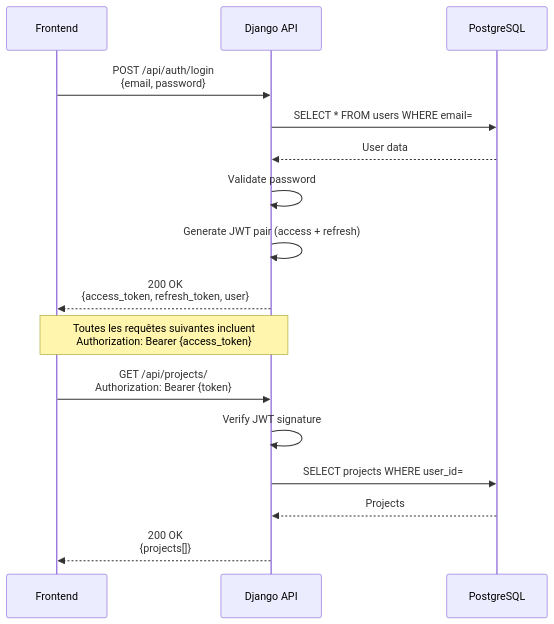
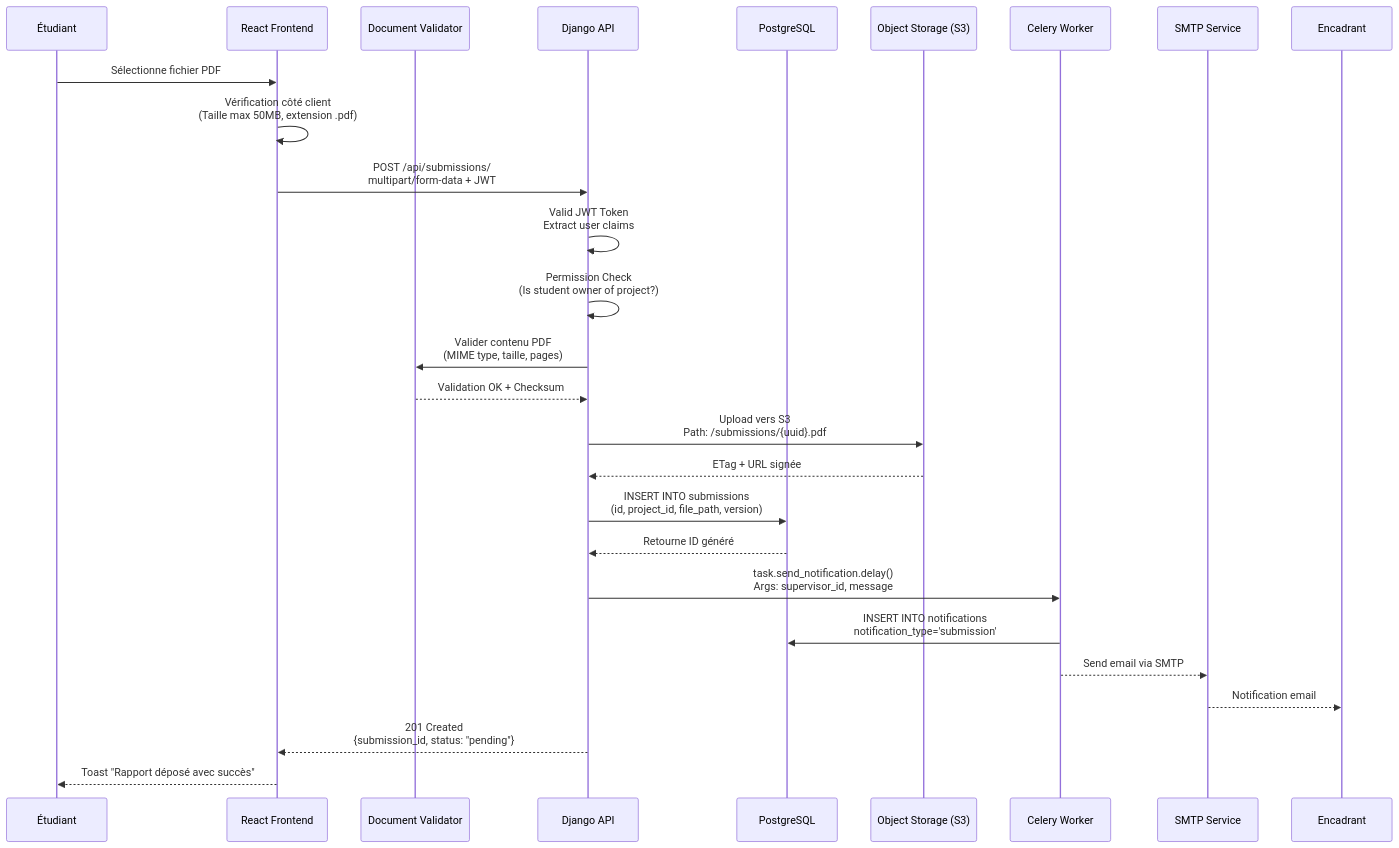
One commit to Lagmouchyoussef/PFE-Navigator changed the fifth of 11 diagrams in README.md. Above: the diagram before and after it, drawn with Mermaid. The commit also changed other lines of this file, not shown here.

````diff
--- a/README.md
+++ b/README.md
@@ -314,21 +420,36 @@
 ```mermaid
 sequenceDiagram
-    participant Client as Frontend
+    participant STUDENT as Étudiant
+    participant FRONTEND as React Frontend
+    participant VALIDATOR as Document Validator
     participant API as Django API
     participant DB as PostgreSQL
+    participant STORAGE as Object Storage (S3)
+    participant CELERY as Celery Worker
+    participant EMAIL as SMTP Service
+    participant SUPERVISOR as Encadrant
     
-    Client->>API: POST /api/auth/login<br/>{email, password}
-    API->>DB: SELECT * FROM users WHERE email=
-    DB-->>API: User data
-    API->>API: Validate password
-    API->>API: Generate JWT pair (access + refresh)
-    API-->>Client: 200 OK<br/>{access_token, refresh_token, user}
+    STUDENT->>FRONTEND: Sélectionne fichier PDF
+    FRONTEND->>FRONTEND: Vérification côté client<br/>(Taille max 50MB, extension .pdf)
+    FRONTEND->>API: POST /api/submissions/<br/>multipart/form-data + JWT
     
-    Note over Client,API: Toutes les requêtes suivantes incluent<br/>Authorization: Bearer {access_token}
+    API->>API: Valid JWT Token<br/>Extract user claims
+    API->>API: Permission Check<br/>(Is student owner of project?)
     
-    Client->>API: GET /api/projects/<br/>Authorization: Bearer {token}
-    API->>API: Verify JWT signature
-    API->>DB: SELECT projects WHERE user_id=
-    DB-->>API: Projects
-    API-->>Client: 200 OK<br/>{projects[]}
+    API->>VALIDATOR: Valider contenu PDF<br/>(MIME type, taille, pages)
+    VALIDATOR-->>API: Validation OK + Checksum
+    
+    API->>STORAGE: Upload vers S3<br/>Path: /submissions/{uuid}.pdf
+    STORAGE-->>API: ETag + URL signée
+    
+    API->>DB: INSERT INTO submissions<br/>(id, project_id, file_path, version)
+    DB-->>API: Retourne ID généré
+    
+    API->>CELERY: task.send_notification.delay()<br/>Args: supervisor_id, message
+    CELERY->>DB: INSERT INTO notifications<br/>notification_type='submission'
+    CELERY-->>EMAIL: Send email via SMTP
+    EMAIL-->>SUPERVISOR: Notification email
+    
+    API-->>FRONTEND: 201 Created<br/>{submission_id, status: "pending"}
+    FRONTEND-->>STUDENT: Toast "Rapport déposé avec succès"
 ```
````
